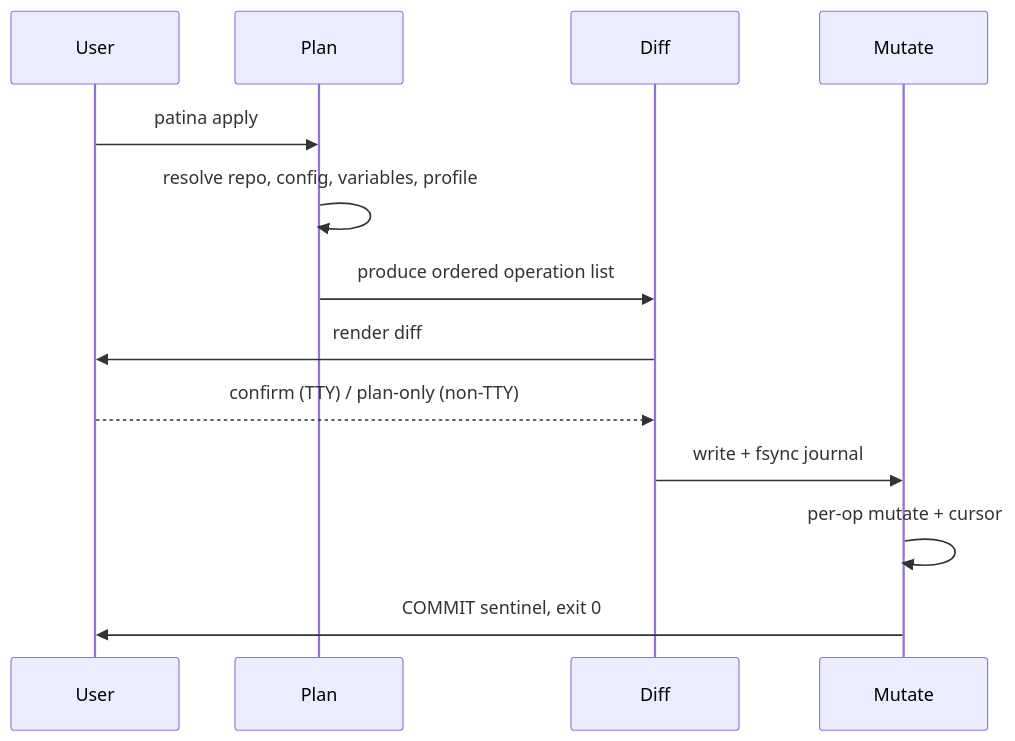
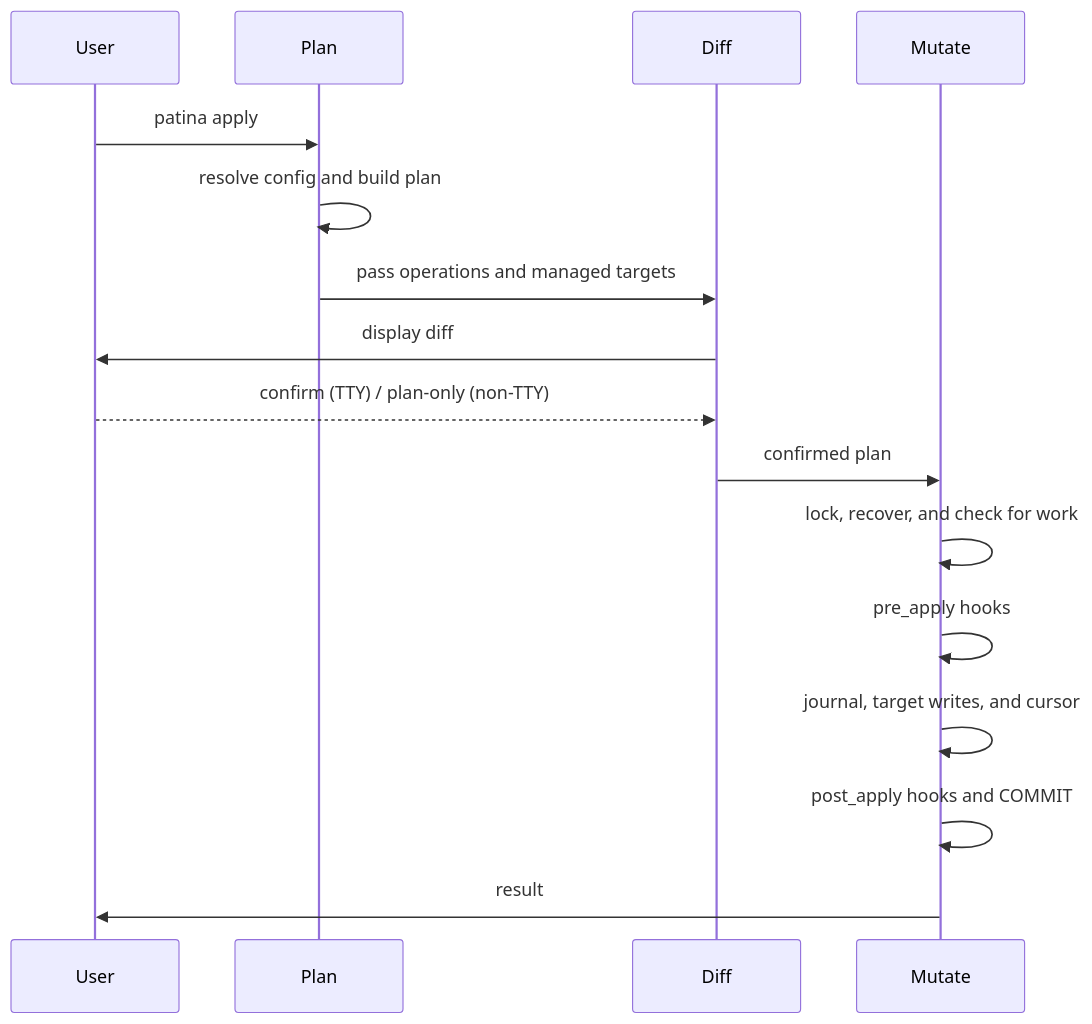
Before and after one commit to kvnxiao/patina: the third of 3 diagrams in docs/ARCHITECTURE.md, drawn with Mermaid. The commit also changed other lines of this file and 26 other files, not shown here.

````diff
--- a/docs/ARCHITECTURE.md
+++ b/docs/ARCHITECTURE.md
@@ -149,15 +155,18 @@
 ```mermaid
 sequenceDiagram
     participant U as User
     participant P as Plan
     participant D as Diff
     participant M as Mutate
     U->>P: patina apply
-    P->>P: resolve repo, config, variables, profile
-    P->>D: produce ordered operation list
-    D->>U: render diff
+    P->>P: resolve config and build plan
+    P->>D: pass operations and managed targets
+    D->>U: display diff
     U-->>D: confirm (TTY) / plan-only (non-TTY)
-    D->>M: write + fsync journal
-    M->>M: per-op mutate + cursor
-    M->>U: COMMIT sentinel, exit 0
+    D->>M: confirmed plan
+    M->>M: lock, recover, and check for work
+    M->>M: pre_apply hooks
+    M->>M: journal, target writes, and cursor
+    M->>M: post_apply hooks and COMMIT
+    M->>U: result
 ```
````
